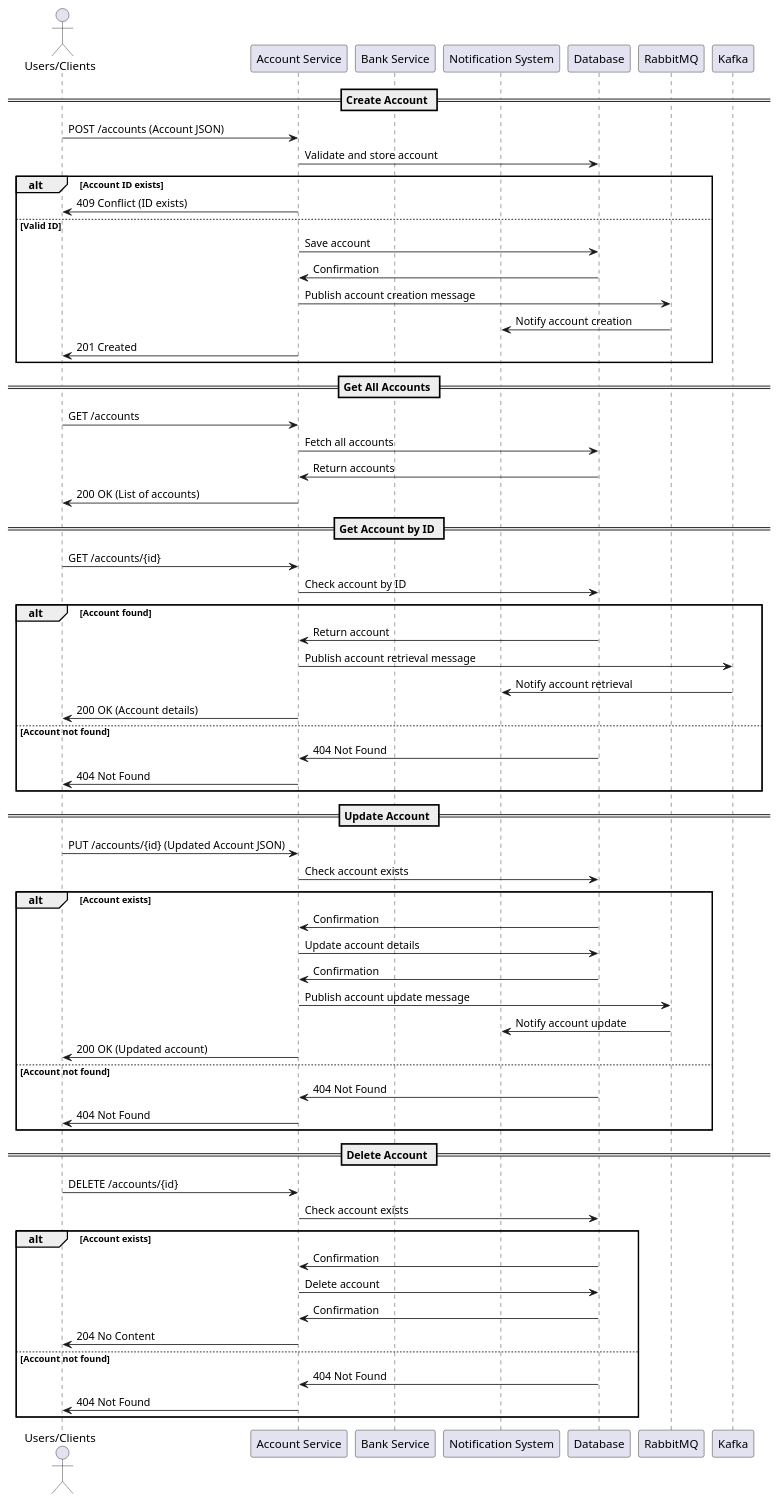
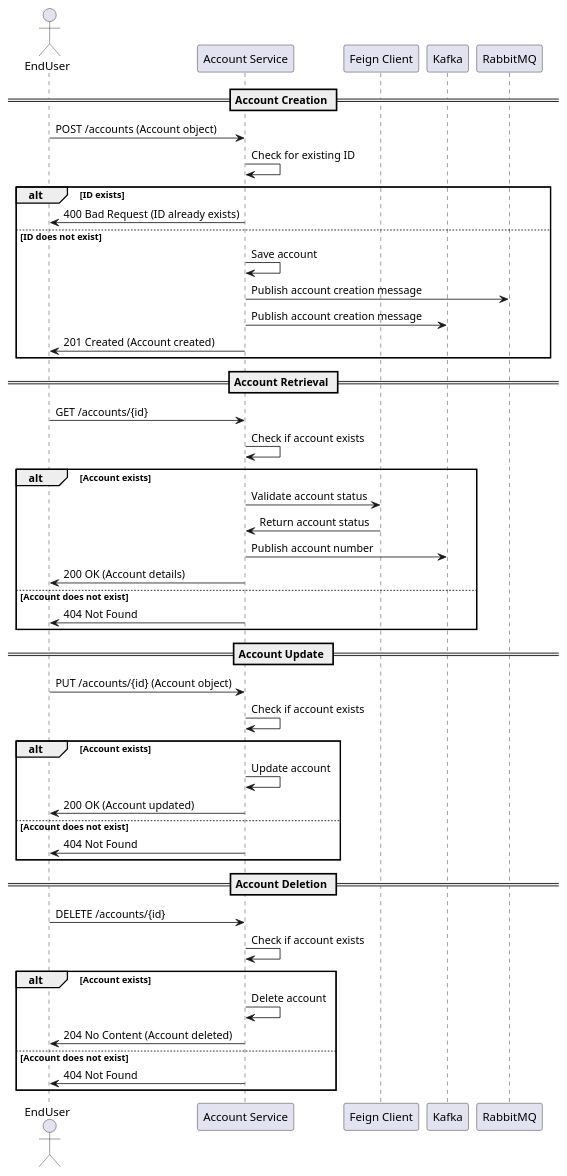
Before and after one commit to Bhaskar-Pavan/AccountService: the diagram in design_document/Account_Service.md, drawn with PlantUML. The commit also changed other lines of this file, not shown here.

````diff
--- a/design_document/Account_Service.md
+++ b/design_document/Account_Service.md
@@ -37,72 +37,54 @@
 ```plantuml
 @startuml
-actor User as "Users/Clients"
-participant "Account Service" as AccountService
-participant "Bank Service" as BankService
-participant "Notification System" as NotificationSystem
-participant "Database" as Database
+actor EndUser as User
+participant "Account Service" as Service
+participant "Feign Client" as Feign
+participant "Kafka" as Kafka
 participant "RabbitMQ" as RabbitMQ
-participant "Kafka" as Kafka
 
-== Create Account ==
-User -> AccountService : POST /accounts (Account JSON)
-AccountService -> Database : Validate and store account
-alt Account ID exists
-    AccountService -> User : 409 Conflict (ID exists)
-else Valid ID
-    AccountService -> Database : Save account
-    Database -> AccountService : Confirmation
-    AccountService -> RabbitMQ : Publish account creation message
-    RabbitMQ -> NotificationSystem : Notify account creation
-    AccountService -> User : 201 Created
+== Account Creation ==
+User -> Service : POST /accounts (Account object)
+Service -> Service : Check for existing ID
+alt ID exists
+    Service -> User : 400 Bad Request (ID already exists)
+else ID does not exist
+    Service -> Service : Save account
+    Service -> RabbitMQ : Publish account creation message
+    Service -> Kafka : Publish account creation message
+    Service -> User : 201 Created (Account created)
 end
 
-== Get All Accounts ==
-User -> AccountService : GET /accounts
-AccountService -> Database : Fetch all accounts
-Database -> AccountService : Return accounts
-AccountService -> User : 200 OK (List of accounts)
-
-== Get Account by ID ==
-User -> AccountService : GET /accounts/{id}
-AccountService -> Database : Check account by ID
-alt Account found
-    Database -> AccountService : Return account
-    AccountService -> Kafka : Publish account retrieval message
-    Kafka -> NotificationSystem : Notify account retrieval
-    AccountService -> User : 200 OK (Account details)
-else Account not found
-    Database -> AccountService : 404 Not Found
-    AccountService -> User : 404 Not Found
+== Account Retrieval ==
+User -> Service : GET /accounts/{id}
+Service -> Service : Check if account exists
+alt Account exists
+    Service -> Feign : Validate account status
+    Feign -> Service : Return account status
+    Service -> Kafka : Publish account number
+    Service -> User : 200 OK (Account details)
+else Account does not exist
+    Service -> User : 404 Not Found
 end
 
-== Update Account ==
-User -> AccountService : PUT /accounts/{id} (Updated Account JSON)
-AccountService -> Database : Check account exists
+== Account Update ==
+User -> Service : PUT /accounts/{id} (Account object)
+Service -> Service : Check if account exists
 alt Account exists
-    Database -> AccountService : Confirmation
-    AccountService -> Database : Update account details
-    Database -> AccountService : Confirmation
-    AccountService -> RabbitMQ : Publish account update message
-    RabbitMQ -> NotificationSystem : Notify account update
-    AccountService -> User : 200 OK (Updated account)
-else Account not found
-    Database -> AccountService : 404 Not Found
-    AccountService -> User : 404 Not Found
+    Service -> Service : Update account
+    Service -> User : 200 OK (Account updated)
+else Account does not exist
+    Service -> User : 404 Not Found
 end
 
-== Delete Account ==
-User -> AccountService : DELETE /accounts/{id}
-AccountService -> Database : Check account exists
+== Account Deletion ==
+User -> Service : DELETE /accounts/{id}
+Service -> Service : Check if account exists
 alt Account exists
-    Database -> AccountService : Confirmation
-    AccountService -> Database : Delete account
-    Database -> AccountService : Confirmation
-    AccountService -> User : 204 No Content
-else Account not found
-    Database -> AccountService : 404 Not Found
-    AccountService -> User : 404 Not Found
+    Service -> Service : Delete account
+    Service -> User : 204 No Content (Account deleted)
+else Account does not exist
+    Service -> User : 404 Not Found
 end
 
 @enduml
 ```
````
